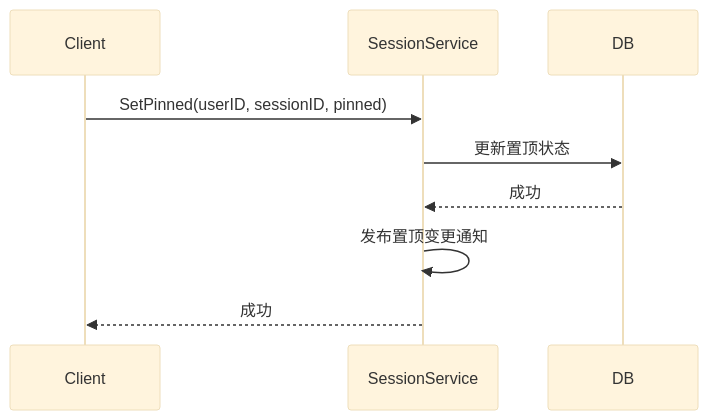
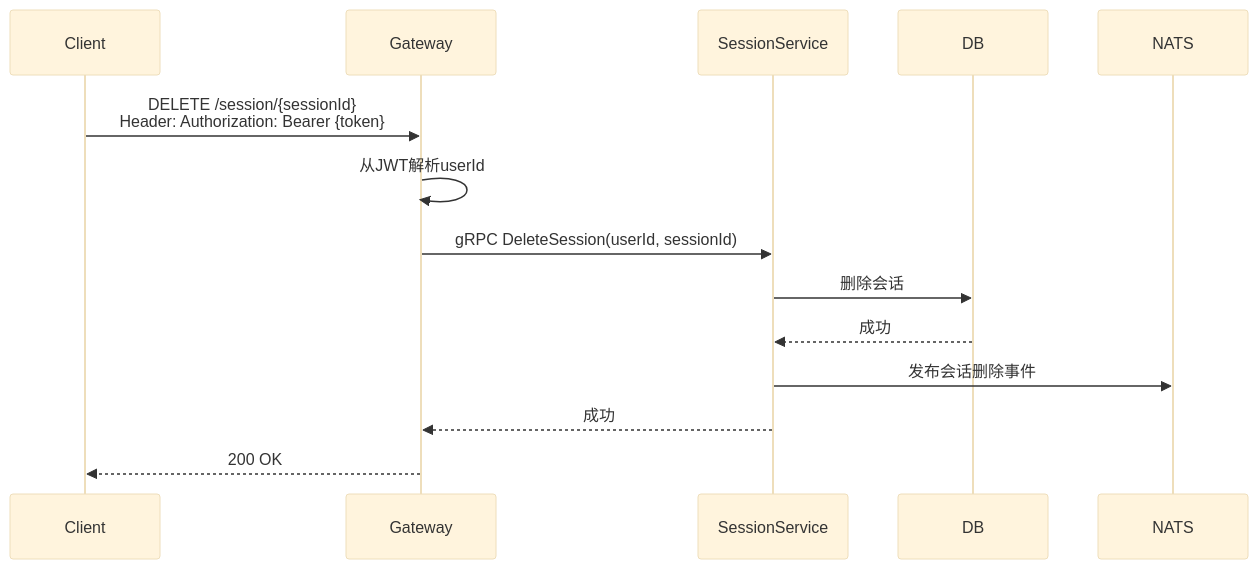
The fourth of 4 diagrams in docs/design/session/session.md (yzhgit/anychat-server), drawn with Mermaid (base theme) before and after one commit. The commit also changed other lines of this file and 30 other files, not shown here.

First line of the commit message:
docs: 更新设计文档时序图，添加Gateway和NATS参与者

````diff
--- a/docs/design/session/session.md
+++ b/docs/design/session/session.md
@@ -55,12 +100,17 @@
 ```mermaid
 sequenceDiagram
     participant Client
+    participant Gateway
     participant SessionService
     participant DB
+    participant NATS
 
-    Client->>SessionService: SetPinned(userID, sessionID, pinned)
-    SessionService->>DB: 更新置顶状态
+    Client->>Gateway: DELETE /session/{sessionId}<br/>Header: Authorization: Bearer {token}
+    Gateway->>Gateway: 从JWT解析userId
+    Gateway->>SessionService: gRPC DeleteSession(userId, sessionId)
+    SessionService->>DB: 删除会话
     DB-->>SessionService: 成功
-    SessionService->>SessionService: 发布置顶变更通知
-    SessionService-->>Client: 成功
+    SessionService->>NATS: 发布会话删除事件
+    SessionService-->>Gateway: 成功
+    Gateway-->>Client: 200 OK
 ```
````
